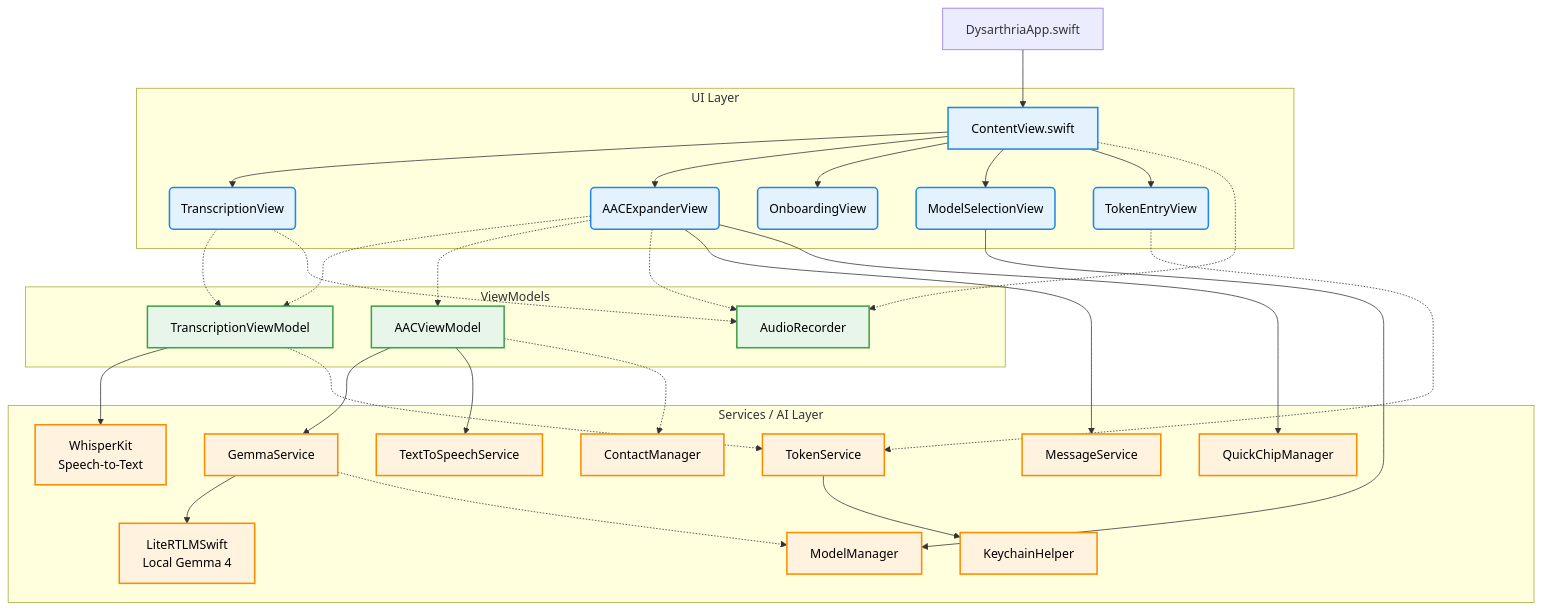
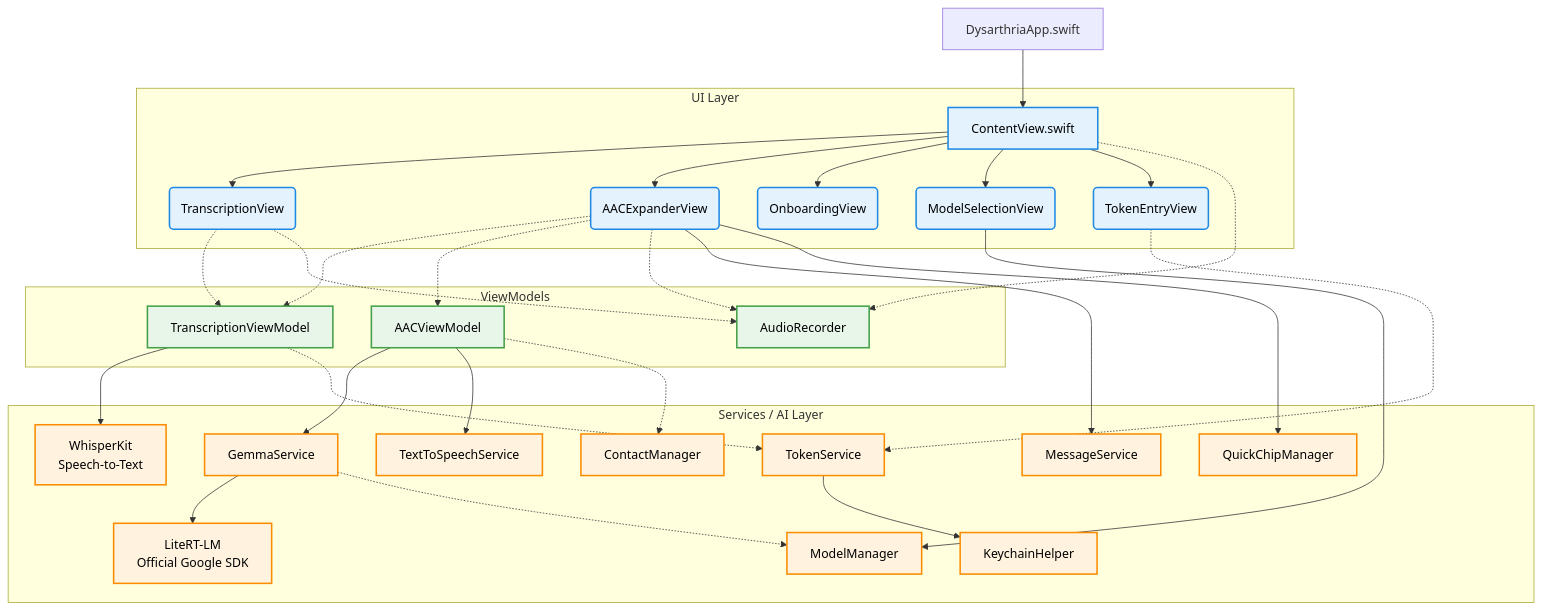
One commit to NomadicStack/speak-easy-app changed the diagram in docs/architecture_overview.md. Above: the diagram before and after it, drawn with Mermaid. The commit also changed other lines of this file and 12 other files, not shown here.

First line of the commit message:
feat(llm): migrate from LiteRTLMSwift to Google official LiteRT-LM Swift SDK

````diff
--- a/docs/architecture_overview.md
+++ b/docs/architecture_overview.md
@@ -28,50 +28,50 @@
 ```mermaid
 graph TD
     %% Entry Point
     A[DysarthriaApp.swift] --> B[ContentView.swift]
     
     %% Views
     subgraph UI Layer
         B --> C(TranscriptionView)
         B --> D(AACExpanderView)
         B --> E(OnboardingView)
         B --> M(ModelSelectionView)
         B --> TE(TokenEntryView)
     end
     
     %% ViewModels
     subgraph ViewModels
         C -.-> F[TranscriptionViewModel]
         D -.-> F
         D -.-> G[AACViewModel]
         B -.-> H[AudioRecorder]
         C -.-> H
         D -.-> H
     end
     
     %% Services & Managers
     subgraph Services / AI Layer
         F --> I[WhisperKit <br> Speech-to-Text]
         G --> J[GemmaService]
-        J --> K[LiteRTLMSwift <br> Local Gemma 4]
+        J --> K[LiteRT-LM <br> Official Google SDK]
         
         G --> L[TextToSpeechService]
         D --> N[MessageService]
         D --> O[QuickChipManager]
         G -.-> P[ContactManager]
         M --> Q[ModelManager]
         J -.-> Q
         
         TE -.-> TS[TokenService]
         F -.-> TS
         TS --> KH[KeychainHelper]
     end
 
     classDef ui fill:#e3f2fd,stroke:#1e88e5,stroke-width:2px,color:#000
     classDef vm fill:#e8f5e9,stroke:#43a047,stroke-width:2px,color:#000
     classDef svc fill:#fff3e0,stroke:#fb8c00,stroke-width:2px,color:#000
     
     class B,C,D,E,M,TE ui
     class F,G,H vm
     class I,J,K,L,N,O,P,Q,TS,KH svc
 ```
````
